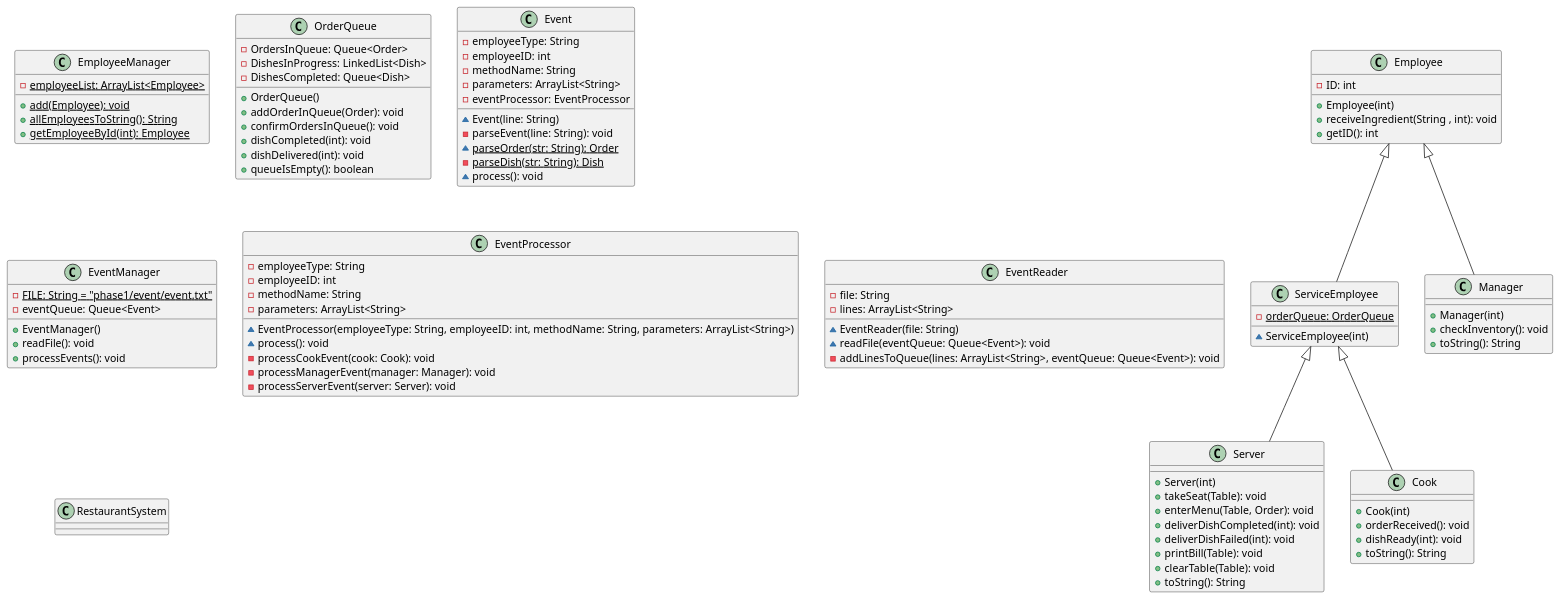
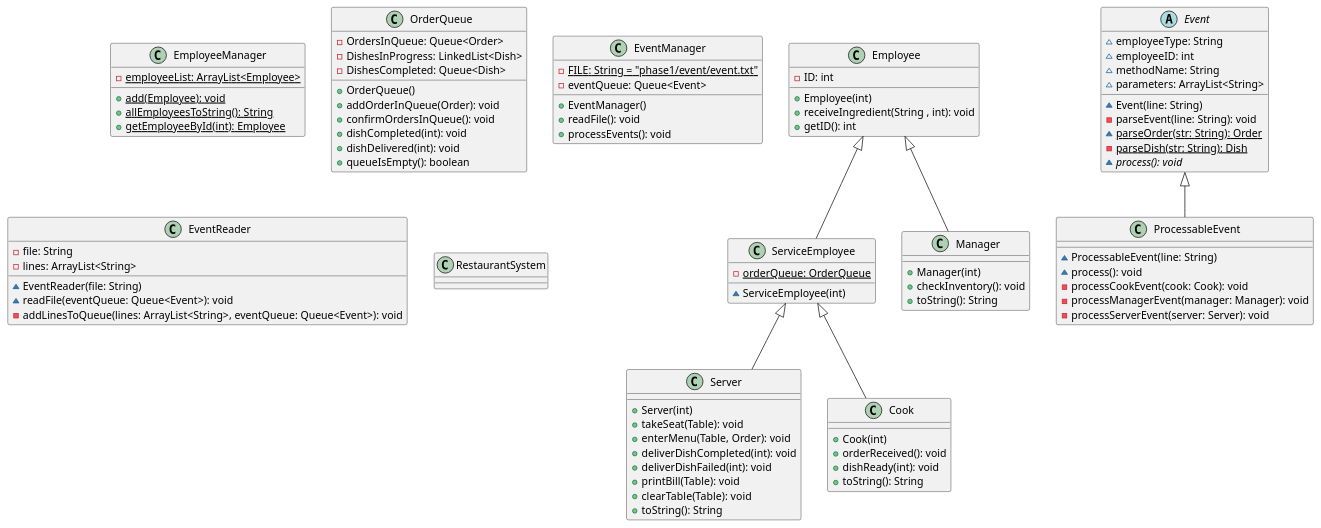
Before and after one commit to billangli/RestaurantSystem: the diagram in phase1/phase1uml.puml, drawn with PlantUML.

Commit message:
Updated UML

```diff
--- a/phase1/phase1uml.puml
+++ b/phase1/phase1uml.puml
@@ -1,101 +1,98 @@
 @startuml
 class EmployeeManager{
 - {static} employeeList: ArrayList<Employee>
 + {static} add(Employee): void
 + {static} allEmployeesToString(): String
 + {static} getEmployeeById(int): Employee
 }
 class OrderQueue{
 - OrdersInQueue: Queue<Order>
 - DishesInProgress: LinkedList<Dish>
 - DishesCompleted: Queue<Dish>
 + OrderQueue()
 + addOrderInQueue(Order): void
 + confirmOrdersInQueue(): void
 + dishCompleted(int): void
 + dishDelivered(int): void
 + queueIsEmpty(): boolean
 }
 
 class Employee{
 - ID: int
 + Employee(int)
 + receiveIngredient(String , int): void
 + getID(): int
 }
 class ServiceEmployee {
 - {static} orderQueue: OrderQueue
 ~ ServiceEmployee(int)
 }
 class Server{
 + Server(int)
 + takeSeat(Table): void
 + enterMenu(Table, Order): void
 + deliverDishCompleted(int): void
 + deliverDishFailed(int): void
 + printBill(Table): void
 + clearTable(Table): void
 + toString(): String
 }
 class Cook{
 + Cook(int)
 + orderReceived(): void
 + dishReady(int): void
 + toString(): String
 }
 class Manager{
 + Manager(int)
 + checkInventory(): void
 + toString(): String
 }
 
 Employee <|-- ServiceEmployee
 ServiceEmployee <|-- Cook
 ServiceEmployee <|-- Server
 Employee <|-- Manager
 
 
-class Event{
-- employeeType: String
-- employeeID: int
-- methodName: String
-- parameters: ArrayList<String>
-- eventProcessor: EventProcessor
+abstract class Event{
+~ employeeType: String
+~ employeeID: int
+~ methodName: String
+~ parameters: ArrayList<String>
 ~ Event(line: String)
 - parseEvent(line: String): void
 ~ {static} parseOrder(str: String): Order
 - {static} parseDish(str: String): Dish
-~ process(): void
+~ {abstract} process(): void
 }
 
 class EventManager{
 - {static} FILE: String = "phase1/event/event.txt"
 - eventQueue: Queue<Event>
 + EventManager()
 + readFile(): void
 + processEvents(): void
 }
 
-class EventProcessor{
-- employeeType: String
-- employeeID: int
-- methodName: String
-- parameters: ArrayList<String>
-~ EventProcessor(employeeType: String, employeeID: int, methodName: String, parameters: ArrayList<String>)
+class ProcessableEvent{
+~ ProcessableEvent(line: String)
 ~ process(): void
 - processCookEvent(cook: Cook): void
 - processManagerEvent(manager: Manager): void
 - processServerEvent(server: Server): void
 }
 
 class EventReader{
 - file: String
 - lines: ArrayList<String>
 ~ EventReader(file: String)
 ~ readFile(eventQueue: Queue<Event>): void
 - addLinesToQueue(lines: ArrayList<String>, eventQueue: Queue<Event>): void
 }
 
+Event <|-- ProcessableEvent
+
 class RestaurantSystem{
 }
 @enduml
```
